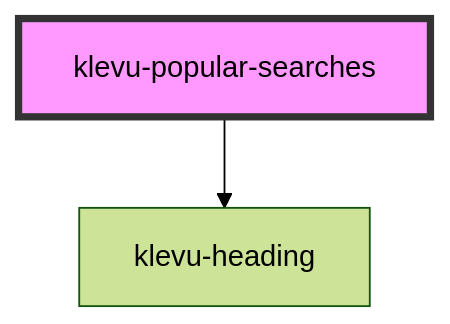
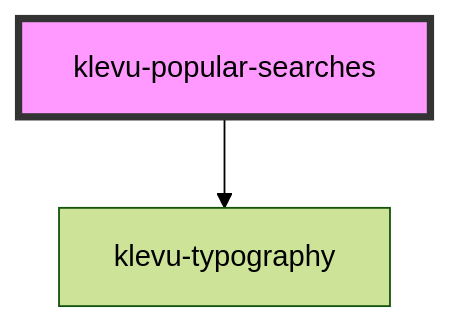
One commit to klevultd/frontend-sdk changed the diagram in packages/klevu-ui/src/components/klevu-popular-searches/readme.md. Above: the diagram before and after it, drawn with Mermaid (forest theme). The commit also changed other lines of this file and 39 other files, not shown here.

Commit message:
change heading to typography and create system

````diff
--- a/packages/klevu-ui/src/components/klevu-popular-searches/readme.md
+++ b/packages/klevu-ui/src/components/klevu-popular-searches/readme.md
@@ -31,5 +31,5 @@
 ```mermaid
 graph TD;
-  klevu-popular-searches --> klevu-heading
+  klevu-popular-searches --> klevu-typography
   style klevu-popular-searches fill:#f9f,stroke:#333,stroke-width:4px
 ```
````
